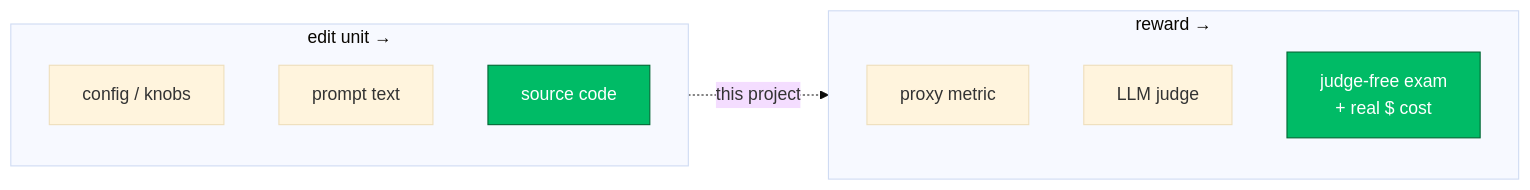
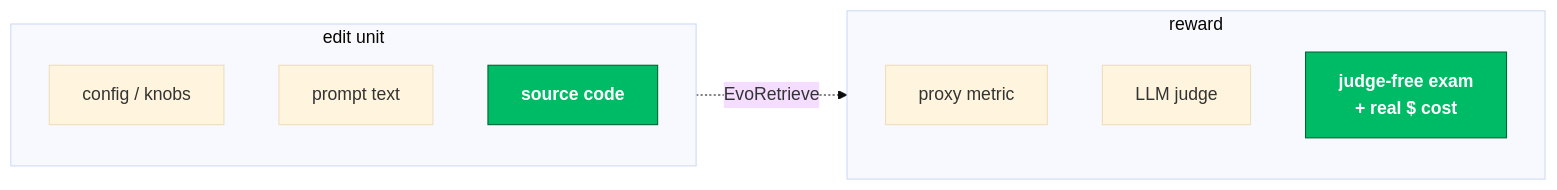
One commit to timbtz/RL-on-codefunction-in-a-GraphRAG changed the first of 4 diagrams in README.md. Above: the diagram before and after it, drawn with Mermaid (base theme). The commit also changed other lines of this file and 2 other files, not shown here.

Commit message:
feat(reward): enhance retrieval hit logic for multi-evidence questions

````diff
--- a/README.md
+++ b/README.md
@@ -65,18 +51,18 @@
 ```mermaid
 flowchart LR
-    subgraph EU["edit unit →"]
+    subgraph EU["edit unit"]
       direction TB
       C["config / knobs"]
       P["prompt text"]
-      K["source code"]
+      K["<b>source code</b>"]
     end
-    subgraph RW["reward →"]
+    subgraph RW["reward"]
       direction TB
       M["proxy metric"]
       J["LLM judge"]
-      X["judge-free exam<br/>+ real $ cost"]
+      X["<b>judge-free exam<br/>+ real $ cost</b>"]
     end
-    K -.->|"this project"| X
+    K -.->|"EvoRetrieve"| X
     style K fill:#0b6,stroke:#063,color:#fff
     style X fill:#0b6,stroke:#063,color:#fff
 ```
````
